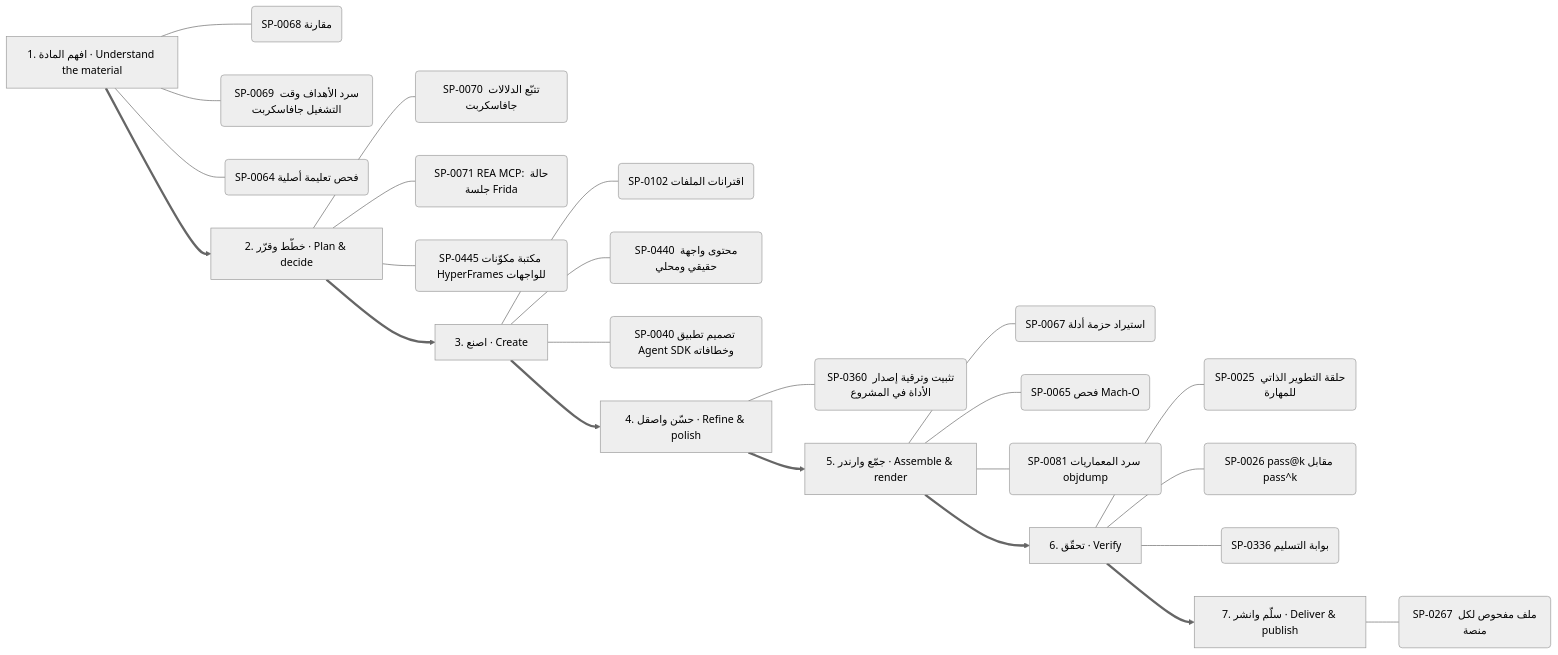
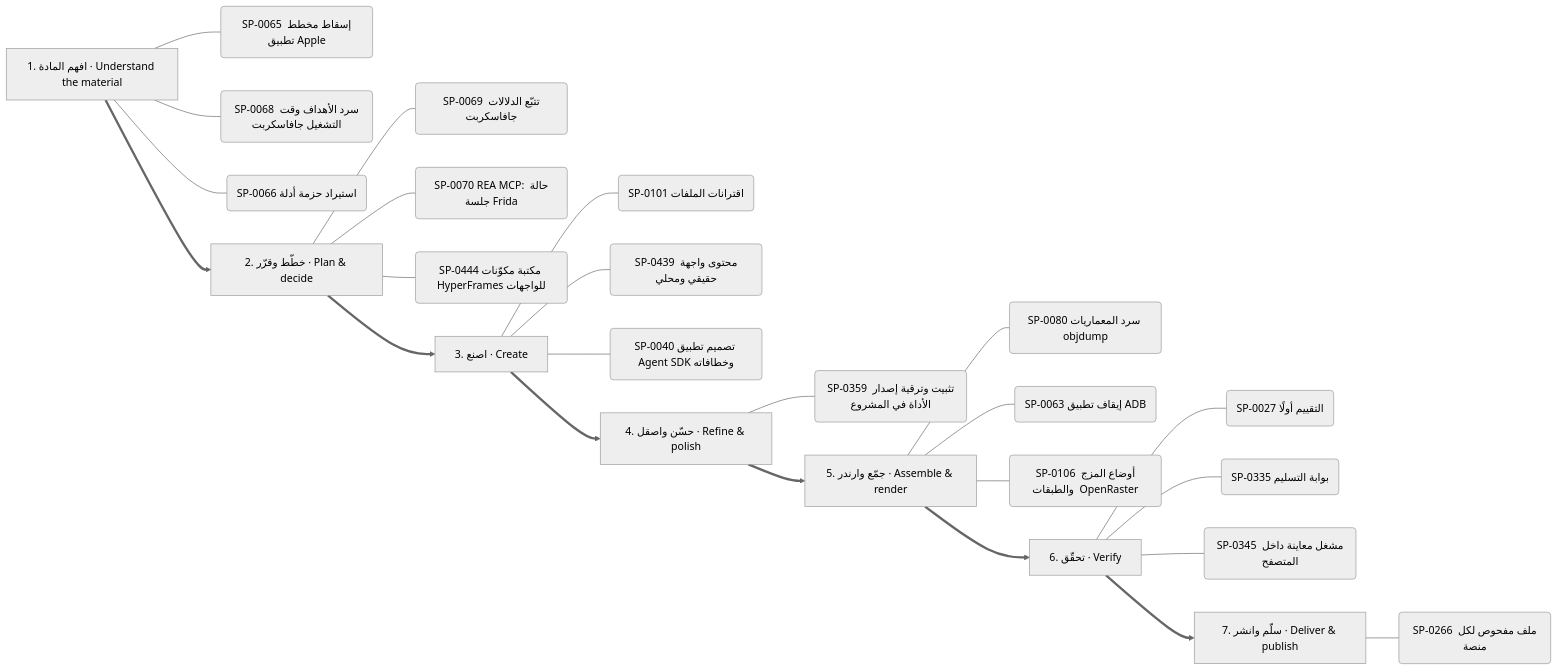
Before and after one commit to kosif199022-jpg/kosif-tool: diagram 11 of 13 in .claude/skills/kosif-superpowers/references/capability-mindmap.md, drawn with Mermaid (neutral theme). The commit also changed other lines of this file and 41 other files, not shown here.

````diff
--- a/.claude/skills/kosif-superpowers/references/capability-mindmap.md
+++ b/.claude/skills/kosif-superpowers/references/capability-mindmap.md
@@ -547,33 +548,33 @@
 ```mermaid
 flowchart LR
   S0["1. افهم المادة · Understand the material"]
-  S0 --- S0_0("SP-0068 مقارنة")
-  S0 --- S0_1("SP-0069 سرد الأهداف وقت التشغيل جافاسكربت")
-  S0 --- S0_2("SP-0064 فحص تعليمة أصلية")
+  S0 --- S0_0("SP-0065 إسقاط مخطط تطبيق Apple")
+  S0 --- S0_1("SP-0068 سرد الأهداف وقت التشغيل جافاسكربت")
+  S0 --- S0_2("SP-0066 استيراد حزمة أدلة")
   S1["2. خطّط وقرّر · Plan & decide"]
-  S1 --- S1_0("SP-0070 تتبّع الدلالات جافاسكربت")
-  S1 --- S1_1("SP-0071 REA MCP: حالة جلسة Frida")
-  S1 --- S1_2("SP-0445 مكتبة مكوّنات HyperFrames للواجهات")
+  S1 --- S1_0("SP-0069 تتبّع الدلالات جافاسكربت")
+  S1 --- S1_1("SP-0070 REA MCP: حالة جلسة Frida")
+  S1 --- S1_2("SP-0444 مكتبة مكوّنات HyperFrames للواجهات")
   S0 ==> S1
   S2["3. اصنع · Create"]
-  S2 --- S2_0("SP-0102 اقترانات الملفات")
-  S2 --- S2_1("SP-0440 محتوى واجهة حقيقي ومحلي")
+  S2 --- S2_0("SP-0101 اقترانات الملفات")
+  S2 --- S2_1("SP-0439 محتوى واجهة حقيقي ومحلي")
   S2 --- S2_2("SP-0040 تصميم تطبيق Agent SDK وخطافاته")
   S1 ==> S2
   S3["4. حسّن واصقل · Refine & polish"]
-  S3 --- S3_0("SP-0360 تثبيت وترقية إصدار الأداة في المشروع")
+  S3 --- S3_0("SP-0359 تثبيت وترقية إصدار الأداة في المشروع")
   S2 ==> S3
   S4["5. جمّع وارندر · Assemble & render"]
-  S4 --- S4_0("SP-0067 استيراد حزمة أدلة")
-  S4 --- S4_1("SP-0065 فحص Mach-O")
-  S4 --- S4_2("SP-0081 سرد المعماريات objdump")
+  S4 --- S4_0("SP-0080 سرد المعماريات objdump")
+  S4 --- S4_1("SP-0063 إيقاف تطبيق ADB")
+  S4 --- S4_2("SP-0106 أوضاع المزج والطبقات  OpenRaster ")
   S3 ==> S4
   S5["6. تحقّق · Verify"]
-  S5 --- S5_0("SP-0025 حلقة التطوير الذاتي للمهارة")
-  S5 --- S5_1("SP-0026 pass@k مقابل pass^k")
-  S5 --- S5_2("SP-0336 بوابة التسليم")
+  S5 --- S5_0("SP-0027 التقييم أولًا")
+  S5 --- S5_1("SP-0335 بوابة التسليم")
+  S5 --- S5_2("SP-0345 مشغل معاينة داخل المتصفح")
   S4 ==> S5
   S6["7. سلّم وانشر · Deliver & publish"]
-  S6 --- S6_0("SP-0267 ملف مفحوص لكل منصة")
+  S6 --- S6_0("SP-0266 ملف مفحوص لكل منصة")
   S5 ==> S6
 ```
````
